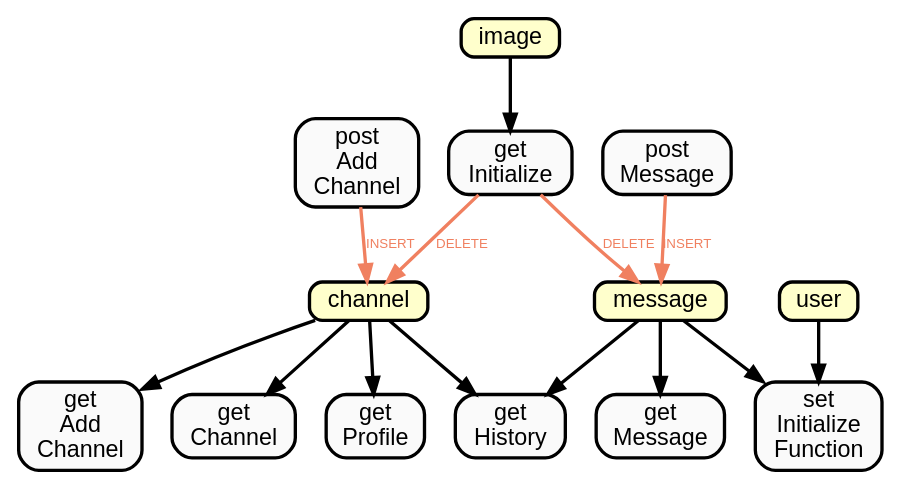
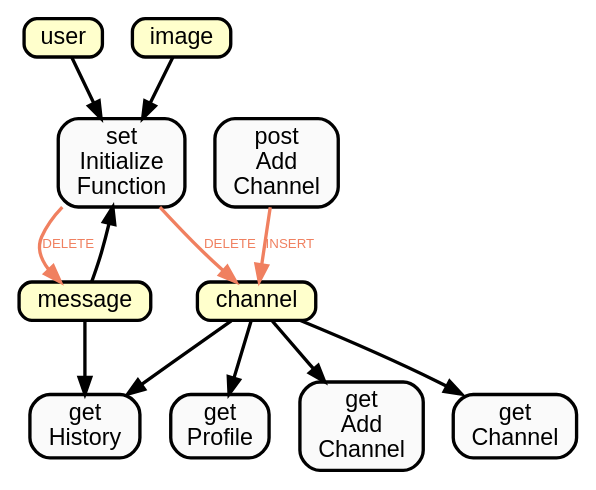
Before and after one commit to Muratam/isucon7q2019: the diagram in utils/sqlmap.dot, drawn with Graphviz. The commit also changed 7 other files, not shown here.

```diff
--- a/utils/sqlmap.dot
+++ b/utils/sqlmap.dot
@@ -1,71 +1,61 @@
 
     digraph  {
       layout = "dot";
       // overlap = false;
       // splines = true;
       node[
         // landscape = true,
         width = 0.2,
         height = 0.2,
         fontname = "Helvetica",
         style = "filled",
         fillcolor = "#fafafa",
         shape = box,
         style = "filled, bold, rounded"
       ];
       edge[
         len = 0.1,
         fontsize = "8",
         fontname = "Helvetica",
         style = "dashed",
     ];
       
       user -> setInitializeFunction[style="bold"];
 user[label="user",shape=box, style="filled, bold, rounded", fillcolor="#ffffcc"];
 message -> setInitializeFunction[style="bold"];
 message[label="message",shape=box, style="filled, bold, rounded", fillcolor="#ffffcc"];
+setInitializeFunction -> channel[style="bold",label="DELETE",color="#f08060",fontcolor="#f08060"];
+channel[label="channel",shape=box, style="filled, bold, rounded", fillcolor="#ffffcc"];
+setInitializeFunction -> message[style="bold",label="DELETE",color="#f08060",fontcolor="#f08060"];
+message[label="message",shape=box, style="filled, bold, rounded", fillcolor="#ffffcc"];
+image -> setInitializeFunction[style="bold"];
+image[label="image",shape=box, style="filled, bold, rounded", fillcolor="#ffffcc"];
 setInitializeFunction[label="set
 Initialize
 Function"];
-getInitialize -> channel[style="bold",label="DELETE",color="#f08060",fontcolor="#f08060"];
-channel[label="channel",shape=box, style="filled, bold, rounded", fillcolor="#ffffcc"];
-getInitialize -> message[style="bold",label="DELETE",color="#f08060",fontcolor="#f08060"];
-message[label="message",shape=box, style="filled, bold, rounded", fillcolor="#ffffcc"];
-image -> getInitialize[style="bold"];
-image[label="image",shape=box, style="filled, bold, rounded", fillcolor="#ffffcc"];
-getInitialize[label="get
-Initialize"];
 message -> getHistory[style="bold"];
 message[label="message",shape=box, style="filled, bold, rounded", fillcolor="#ffffcc"];
 channel -> getHistory[style="bold"];
 channel[label="channel",shape=box, style="filled, bold, rounded", fillcolor="#ffffcc"];
 getHistory[label="get
 History"];
-message -> getMessage[style="bold"];
-message[label="message",shape=box, style="filled, bold, rounded", fillcolor="#ffffcc"];
-getMessage[label="get
-Message"];
 channel -> getProfile[style="bold"];
 channel[label="channel",shape=box, style="filled, bold, rounded", fillcolor="#ffffcc"];
 getProfile[label="get
 Profile"];
 channel -> getAddChannel[style="bold"];
 channel[label="channel",shape=box, style="filled, bold, rounded", fillcolor="#ffffcc"];
 getAddChannel[label="get
 Add
 Channel"];
 channel -> getChannel[style="bold"];
 channel[label="channel",shape=box, style="filled, bold, rounded", fillcolor="#ffffcc"];
 getChannel[label="get
 Channel"];
 postAddChannel -> channel[style="bold",label="INSERT",color="#f08060",fontcolor="#f08060"];
 channel[label="channel",shape=box, style="filled, bold, rounded", fillcolor="#ffffcc"];
 postAddChannel[label="post
 Add
 Channel"];
-postMessage -> message[style="bold",label="INSERT",color="#f08060",fontcolor="#f08060"];
-message[label="message",shape=box, style="filled, bold, rounded", fillcolor="#ffffcc"];
-postMessage[label="post
-Message"];
 
     }
```
